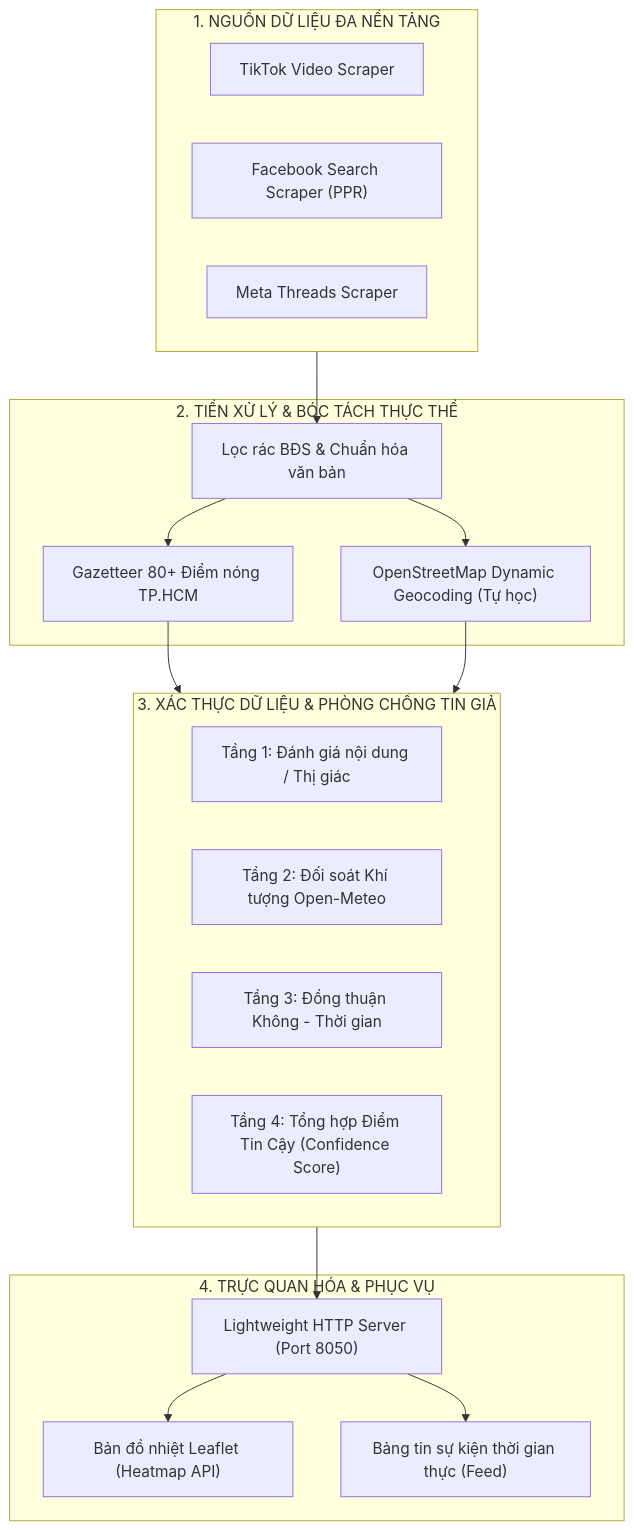
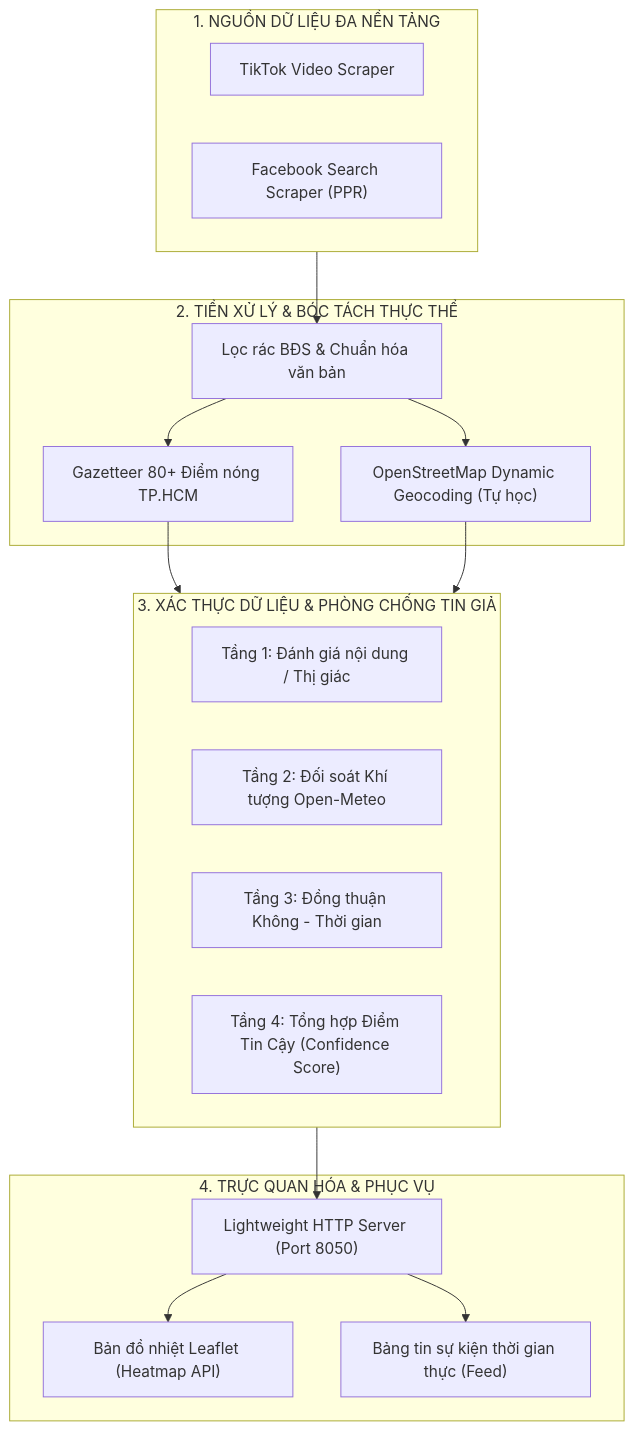
One commit to SE363-HVT/urban-flood-monitor changed the diagram in README.md. Above: the diagram before and after it, drawn with Mermaid. The commit also changed other lines of this file and 3 other files, not shown here.

````diff
--- a/README.md
+++ b/README.md
@@ -23,36 +23,35 @@
 ```mermaid
 flowchart TD
     subgraph DataSources ["1. NGUỒN DỮ LIỆU ĐA NỀN TẢNG"]
         TT["TikTok Video Scraper"]
         FB["Facebook Search Scraper (PPR)"]
-        TH["Meta Threads Scraper"]
     end
 
     subgraph Pipeline ["2. TIỀN XỬ LÝ & BÓC TÁCH THỰC THỂ"]
         Clean["Lọc rác BĐS & Chuẩn hóa văn bản"]
         Gazetteer["Gazetteer 80+ Điểm nóng TP.HCM"]
         OSM["OpenStreetMap Dynamic Geocoding (Tự học)"]
     end
 
     subgraph Veracity ["3. XÁC THỰC DỮ LIỆU & PHÒNG CHỐNG TIN GIẢ"]
         ContentAI["Tầng 1: Đánh giá nội dung / Thị giác"]
         Weather["Tầng 2: Đối soát Khí tượng Open-Meteo"]
         Consensus["Tầng 3: Đồng thuận Không - Thời gian"]
         Score["Tầng 4: Tổng hợp Điểm Tin Cậy (Confidence Score)"]
     end
 
     subgraph Presentation ["4. TRỰC QUAN HÓA & PHỤC VỤ"]
         Server["Lightweight HTTP Server (Port 8050)"]
         Heatmap["Bản đồ nhiệt Leaflet (Heatmap API)"]
         Feed["Bảng tin sự kiện thời gian thực (Feed)"]
     end
 
     DataSources --> Clean
     Clean --> Gazetteer
     Clean --> OSM
     Gazetteer --> Veracity
     OSM --> Veracity
     Veracity --> Server
     Server --> Heatmap
     Server --> Feed
 ```
````
